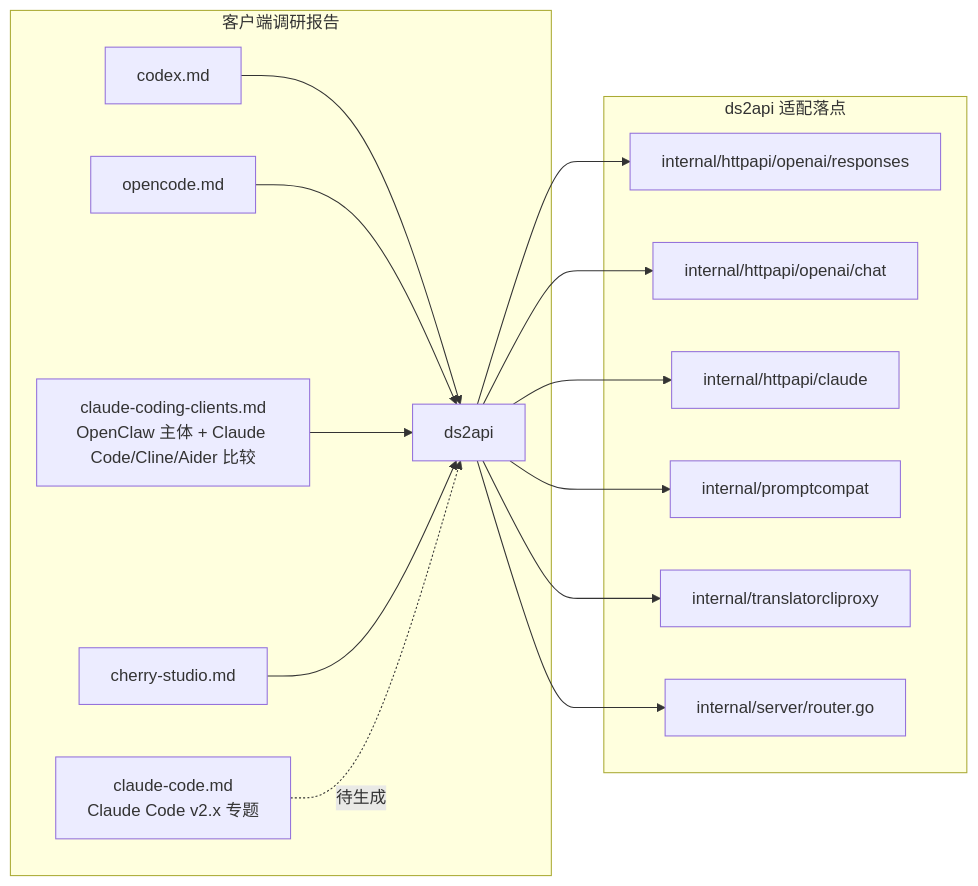
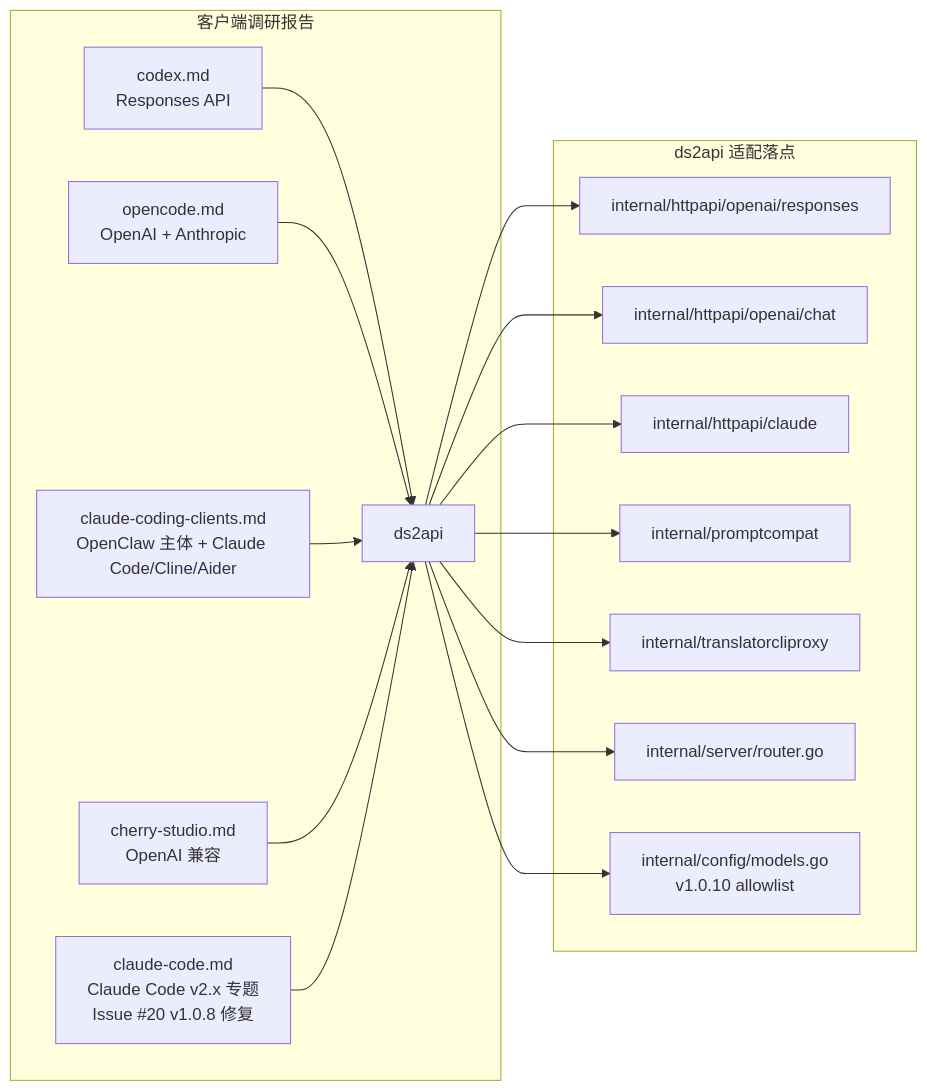
One commit to marklove5102/DeepSeek_Web_To_API changed the diagram in docs/client-compat/README.md. Above: the diagram before and after it, drawn with Mermaid. The commit also changed other lines of this file and 17 other files, not shown here.

````diff
--- a/docs/client-compat/README.md
+++ b/docs/client-compat/README.md
@@ -35,18 +36,19 @@
 ```mermaid
 graph LR
 subgraph "客户端调研报告"
-A[codex.md] --> X[ds2api]
-B[opencode.md] --> X
-C[claude-coding-clients.md<br/>OpenClaw 主体 + Claude Code/Cline/Aider 比较] --> X
-D[cherry-studio.md] --> X
-E[claude-code.md<br/>Claude Code v2.x 专题] -.待生成.-> X
+A[codex.md<br/>Responses API] --> X[ds2api]
+B[opencode.md<br/>OpenAI + Anthropic] --> X
+C[claude-coding-clients.md<br/>OpenClaw 主体 + Claude Code/Cline/Aider] --> X
+D[cherry-studio.md<br/>OpenAI 兼容] --> X
+E[claude-code.md<br/>Claude Code v2.x 专题<br/>Issue #20 v1.0.8 修复] --> X
 end
 subgraph "ds2api 适配落点"
 X --> R1[internal/httpapi/openai/responses]
 X --> R2[internal/httpapi/openai/chat]
 X --> R3[internal/httpapi/claude]
 X --> R4[internal/promptcompat]
 X --> R5[internal/translatorcliproxy]
 X --> R6[internal/server/router.go]
+X --> R7[internal/config/models.go<br/>v1.0.10 allowlist]
 end
 ```
````
